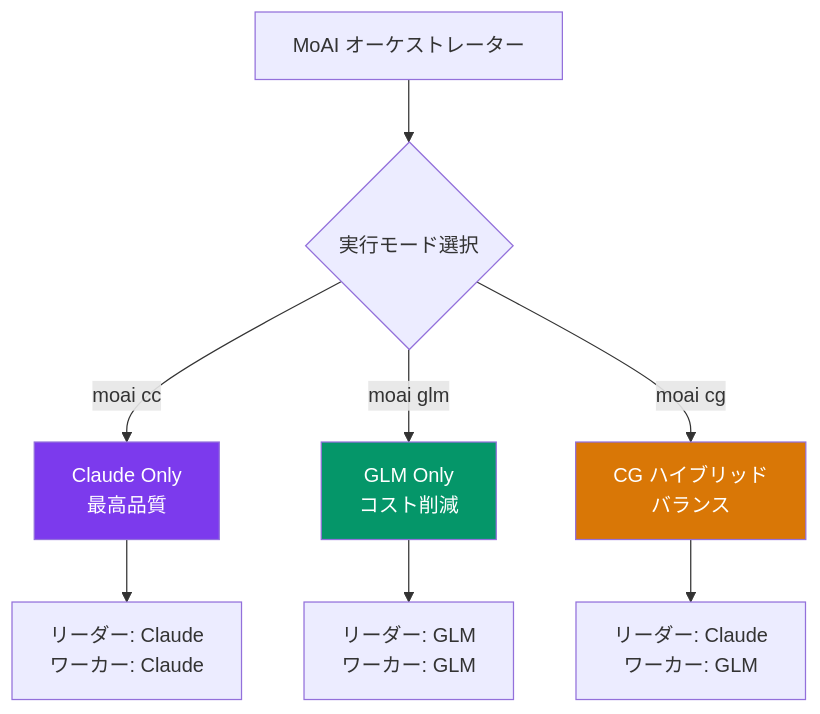
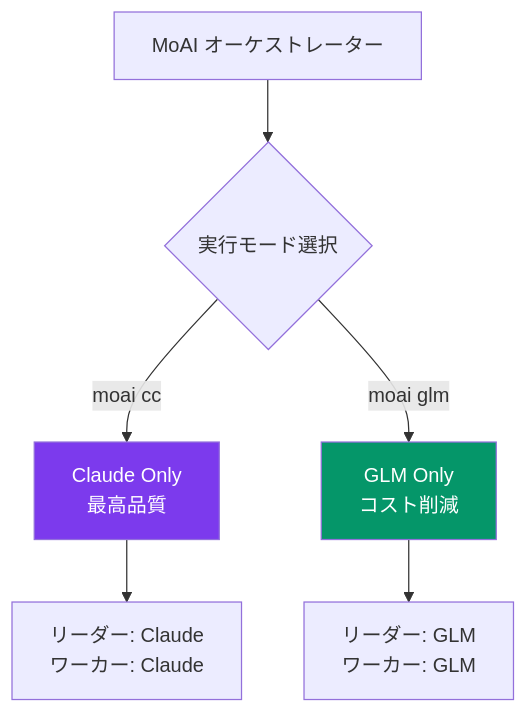
The diagram in docs-site/content/ja/multi-llm/_index.md (modu-ai/moai-adk), drawn with Mermaid before and after one commit. The commit also changed other lines of this file and 1608 other files, not shown here.

````diff
--- a/docs-site/content/ja/multi-llm/_index.md
+++ b/docs-site/content/ja/multi-llm/_index.md
@@ -54,15 +52,12 @@
 ```mermaid
 graph TD
     A["MoAI オーケストレーター"] --> B{"実行モード選択"}
     B -->|"moai cc"| C["Claude Only<br/>最高品質"]
     B -->|"moai glm"| D["GLM Only<br/>コスト削減"]
-    B -->|"moai cg"| E["CG ハイブリッド<br/>バランス"]
 
     C --> F["リーダー: Claude<br/>ワーカー: Claude"]
     D --> G["リーダー: GLM<br/>ワーカー: GLM"]
-    E --> H["リーダー: Claude<br/>ワーカー: GLM"]
 
     style C fill:#7C3AED,color:#fff
     style D fill:#059669,color:#fff
-    style E fill:#D97706,color:#fff
 ```
````
